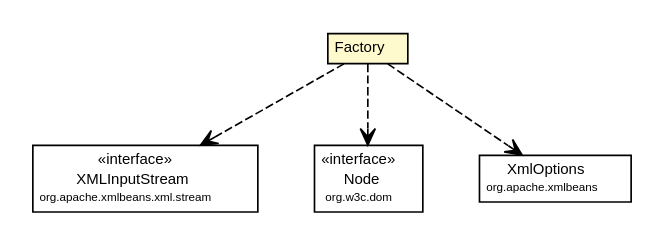
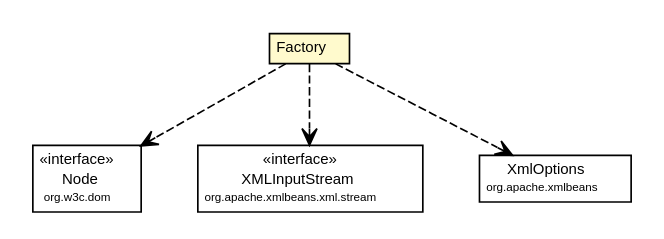
The diagram in site/apidocs/org/synchronoss/cpo/util/cpoUtilConfig/CtDataConfig.Factory.dot (synchronoss/cpo-api), drawn with Graphviz before and after one commit. The commit also changed 883 other files, not shown here.

```diff
--- a/site/apidocs/org/synchronoss/cpo/util/cpoUtilConfig/CtDataConfig.Factory.dot
+++ b/site/apidocs/org/synchronoss/cpo/util/cpoUtilConfig/CtDataConfig.Factory.dot
@@ -1,45 +1,45 @@
 #!/usr/local/bin/dot
 #
 # Class diagram 
 # Generated by UmlGraph version 4.6 (http://www.spinellis.gr/sw/umlgraph)
 #
 
 digraph G {
 	edge [fontname="Helvetica",fontsize=10,labelfontname="Helvetica",labelfontsize=10];
 	node [fontname="Helvetica",fontsize=10,shape=plaintext];
 	// org.synchronoss.cpo.util.cpoUtilConfig.CtDataConfig.Factory
 	c30275 [label=<<table border="0" cellborder="1" cellspacing="0" cellpadding="2" port="p" bgcolor="lemonChiffon" href="./CtDataConfig.Factory.html">
 		<tr><td><table border="0" cellspacing="0" cellpadding="1">
 			<tr><td> Factory </td></tr>
 		</table></td></tr>
 		</table>>, fontname="Helvetica", fontcolor="black", fontsize=9.0];
+	// org.synchronoss.cpo.util.cpoUtilConfig.CtDataConfig.Factory DEPEND org.w3c.dom.Node
+	c30275:p -> c30386:p [taillabel="", label="", headlabel="", fontname="Helvetica", fontcolor="black", fontsize=10.0, color="black", arrowhead=open, style=dashed];
 	// org.synchronoss.cpo.util.cpoUtilConfig.CtDataConfig.Factory DEPEND org.apache.xmlbeans.xml.stream.XMLInputStream
-	c30275:p -> c30386:p [taillabel="", label="", headlabel="", fontname="Helvetica", fontcolor="black", fontsize=10.0, color="black", arrowhead=open, style=dashed];
-	// org.synchronoss.cpo.util.cpoUtilConfig.CtDataConfig.Factory DEPEND org.w3c.dom.Node
 	c30275:p -> c30387:p [taillabel="", label="", headlabel="", fontname="Helvetica", fontcolor="black", fontsize=10.0, color="black", arrowhead=open, style=dashed];
 	// org.synchronoss.cpo.util.cpoUtilConfig.CtDataConfig.Factory DEPEND org.apache.xmlbeans.XmlOptions
 	c30275:p -> c30388:p [taillabel="", label="", headlabel="", fontname="Helvetica", fontcolor="black", fontsize=10.0, color="black", arrowhead=open, style=dashed];
 	// org.apache.xmlbeans.xml.stream.XMLInputStream
-	c30386 [label=<<table border="0" cellborder="1" cellspacing="0" cellpadding="2" port="p" href="http://java.sun.com/j2se/1.4.2/docs/api/org/apache/xmlbeans/xml/stream/XMLInputStream.html">
+	c30387 [label=<<table border="0" cellborder="1" cellspacing="0" cellpadding="2" port="p" href="http://java.sun.com/j2se/1.4.2/docs/api/org/apache/xmlbeans/xml/stream/XMLInputStream.html">
 		<tr><td><table border="0" cellspacing="0" cellpadding="1">
 			<tr><td> &laquo;interface&raquo; </td></tr>
 			<tr><td> XMLInputStream </td></tr>
 			<tr><td><font point-size="7.0"> org.apache.xmlbeans.xml.stream </font></td></tr>
 		</table></td></tr>
 		</table>>, fontname="Helvetica", fontcolor="black", fontsize=9.0];
 	// org.apache.xmlbeans.XmlOptions
 	c30388 [label=<<table border="0" cellborder="1" cellspacing="0" cellpadding="2" port="p" href="http://java.sun.com/j2se/1.4.2/docs/api/org/apache/xmlbeans/XmlOptions.html">
 		<tr><td><table border="0" cellspacing="0" cellpadding="1">
 			<tr><td> XmlOptions </td></tr>
 			<tr><td><font point-size="7.0"> org.apache.xmlbeans </font></td></tr>
 		</table></td></tr>
 		</table>>, fontname="Helvetica", fontcolor="black", fontsize=9.0];
 	// org.w3c.dom.Node
-	c30387 [label=<<table border="0" cellborder="1" cellspacing="0" cellpadding="2" port="p" href="http://java.sun.com/j2se/1.4.2/docs/api/org/w3c/dom/Node.html">
+	c30386 [label=<<table border="0" cellborder="1" cellspacing="0" cellpadding="2" port="p" href="http://java.sun.com/j2se/1.4.2/docs/api/org/w3c/dom/Node.html">
 		<tr><td><table border="0" cellspacing="0" cellpadding="1">
 			<tr><td> &laquo;interface&raquo; </td></tr>
 			<tr><td> Node </td></tr>
 			<tr><td><font point-size="7.0"> org.w3c.dom </font></td></tr>
 		</table></td></tr>
 		</table>>, fontname="Helvetica", fontcolor="black", fontsize=9.0];
 }
```
